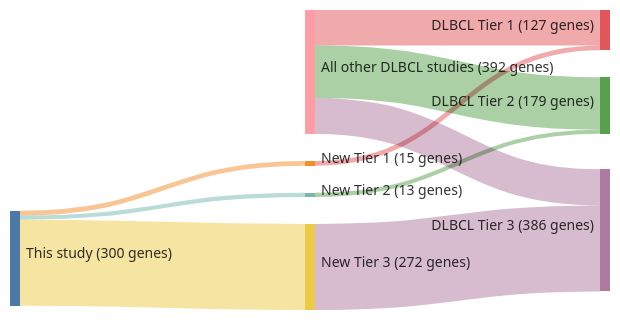
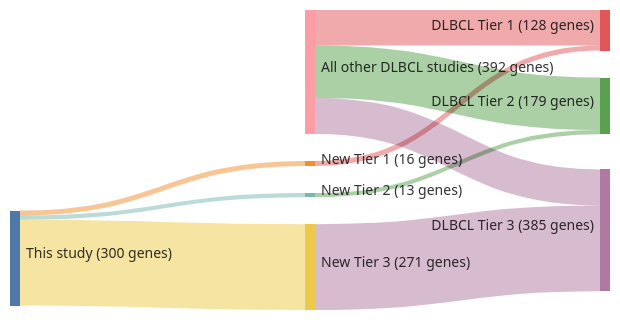
One commit to morinlab/lymphopedia changed the diagram in papers/zhangGeneticHeterogeneityDiffuse2013.md. Above: the diagram before and after it, drawn with Mermaid. The commit also changed other lines of this file and 1 other file, not shown here.

````diff
--- a/papers/zhangGeneticHeterogeneityDiffuse2013.md
+++ b/papers/zhangGeneticHeterogeneityDiffuse2013.md
@@ -12,23 +12,23 @@
 ```mermaid
 ---
 config:
     sankey:
         showValues: true
         linkColor: target
         width: 600
         height: 300
         nodeAlignment: right
         prefix: '('
         suffix: ' genes)'
 ---
 sankey-beta
-This study, New Tier 1, 15
-New Tier 1, DLBCL Tier 1, 15
+This study, New Tier 1, 16
+New Tier 1, DLBCL Tier 1, 16
 This study, New Tier 2, 13
 New Tier 2, DLBCL Tier 2, 13
-This study, New Tier 3, 272
-New Tier 3, DLBCL Tier 3, 272
+This study, New Tier 3, 271
+New Tier 3, DLBCL Tier 3, 271
 All other DLBCL studies, DLBCL Tier 1, 112
 All other DLBCL studies, DLBCL Tier 2, 166
 All other DLBCL studies, DLBCL Tier 3, 114
 ```
````
